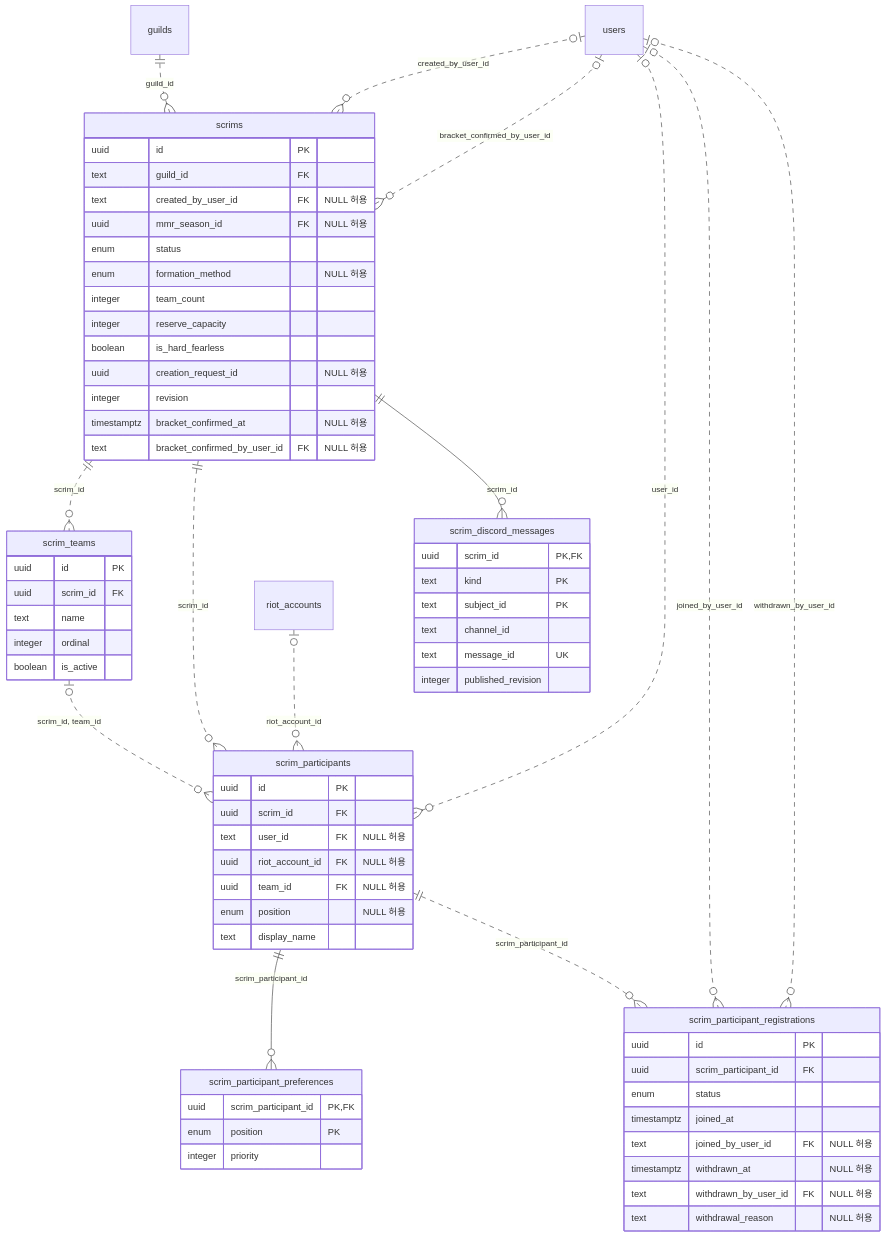
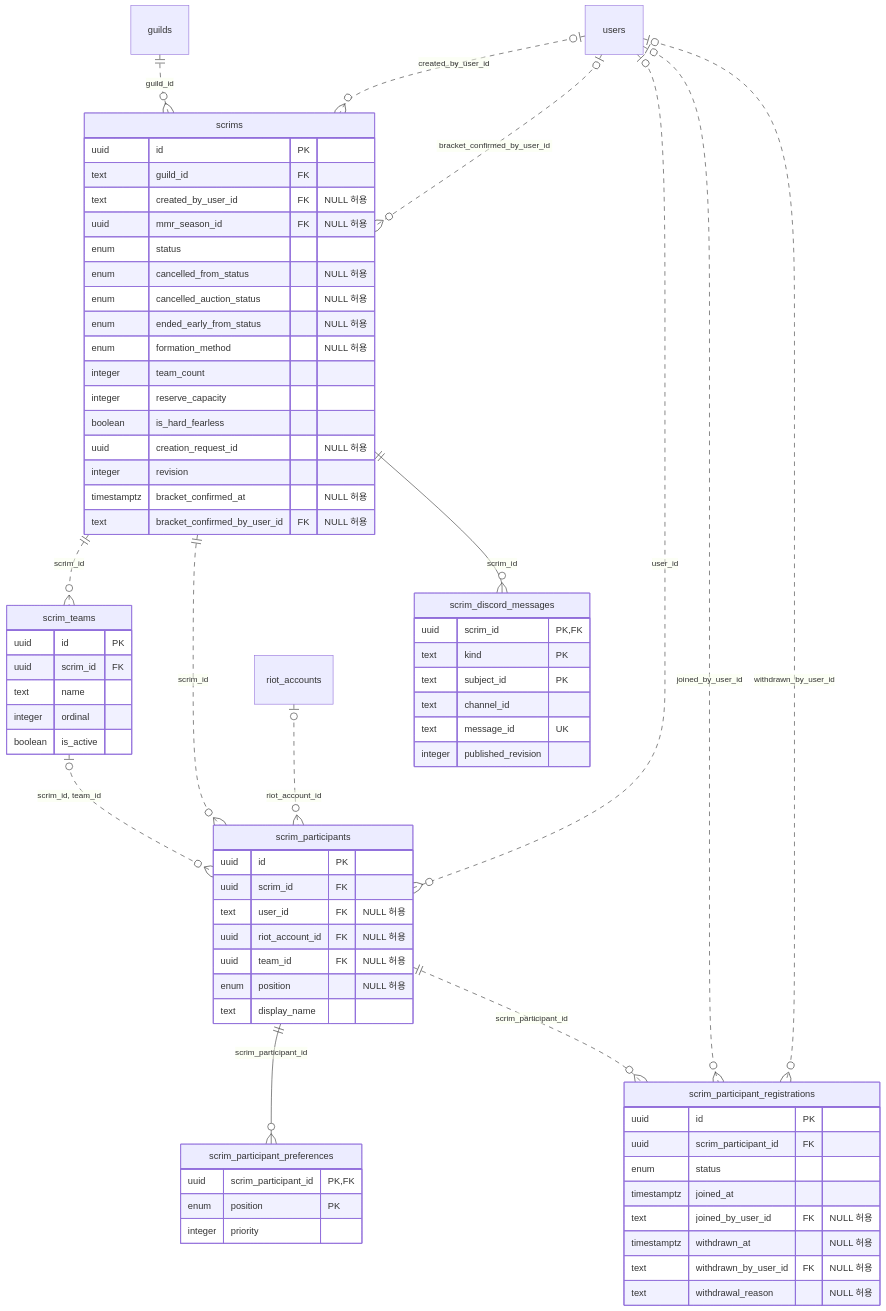
Before and after one commit to Longcat2957/MonkeyScrimManager2: the fourth of 9 diagrams in docs/database-erd.md, drawn with Mermaid. The commit also changed other lines of this file and 143 other files, not shown here.

````diff
--- a/docs/database-erd.md
+++ b/docs/database-erd.md
@@ -263,71 +272,74 @@
 ```mermaid
 erDiagram
     scrims {
         uuid id PK
         text guild_id FK
         text created_by_user_id FK "NULL 허용"
         uuid mmr_season_id FK "NULL 허용"
         enum status
+        enum cancelled_from_status "NULL 허용"
+        enum cancelled_auction_status "NULL 허용"
+        enum ended_early_from_status "NULL 허용"
         enum formation_method "NULL 허용"
         integer team_count
         integer reserve_capacity
         boolean is_hard_fearless
         uuid creation_request_id "NULL 허용"
         integer revision
         timestamptz bracket_confirmed_at "NULL 허용"
         text bracket_confirmed_by_user_id FK "NULL 허용"
     }
     scrim_teams {
         uuid id PK
         uuid scrim_id FK
         text name
         integer ordinal
         boolean is_active
     }
     scrim_participants {
         uuid id PK
         uuid scrim_id FK
         text user_id FK "NULL 허용"
         uuid riot_account_id FK "NULL 허용"
         uuid team_id FK "NULL 허용"
         enum position "NULL 허용"
         text display_name
     }
     scrim_participant_preferences {
         uuid scrim_participant_id PK, FK
         enum position PK
         integer priority
     }
     scrim_participant_registrations {
         uuid id PK
         uuid scrim_participant_id FK
         enum status
         timestamptz joined_at
         text joined_by_user_id FK "NULL 허용"
         timestamptz withdrawn_at "NULL 허용"
         text withdrawn_by_user_id FK "NULL 허용"
         text withdrawal_reason "NULL 허용"
     }
     scrim_discord_messages {
         uuid scrim_id PK, FK
         text kind PK
         text subject_id PK
         text channel_id
         text message_id UK
         integer published_revision
     }
 
     guilds ||..o{ scrims : guild_id
     users |o..o{ scrims : created_by_user_id
     users |o..o{ scrims : bracket_confirmed_by_user_id
     scrims ||..o{ scrim_teams : scrim_id
     scrims ||..o{ scrim_participants : scrim_id
     users |o..o{ scrim_participants : user_id
     riot_accounts |o..o{ scrim_participants : riot_account_id
     scrim_teams |o..o{ scrim_participants : "scrim_id, team_id"
     scrim_participants ||--o{ scrim_participant_preferences : scrim_participant_id
     scrim_participants ||..o{ scrim_participant_registrations : scrim_participant_id
     users |o..o{ scrim_participant_registrations : joined_by_user_id
     users |o..o{ scrim_participant_registrations : withdrawn_by_user_id
     scrims ||--o{ scrim_discord_messages : scrim_id
 ```
````
